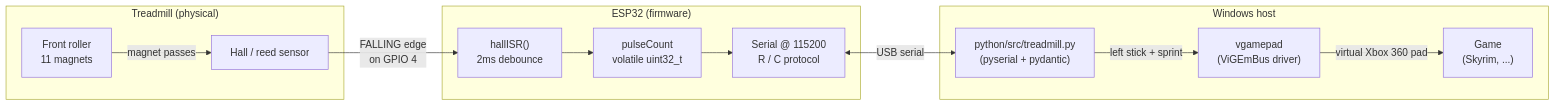
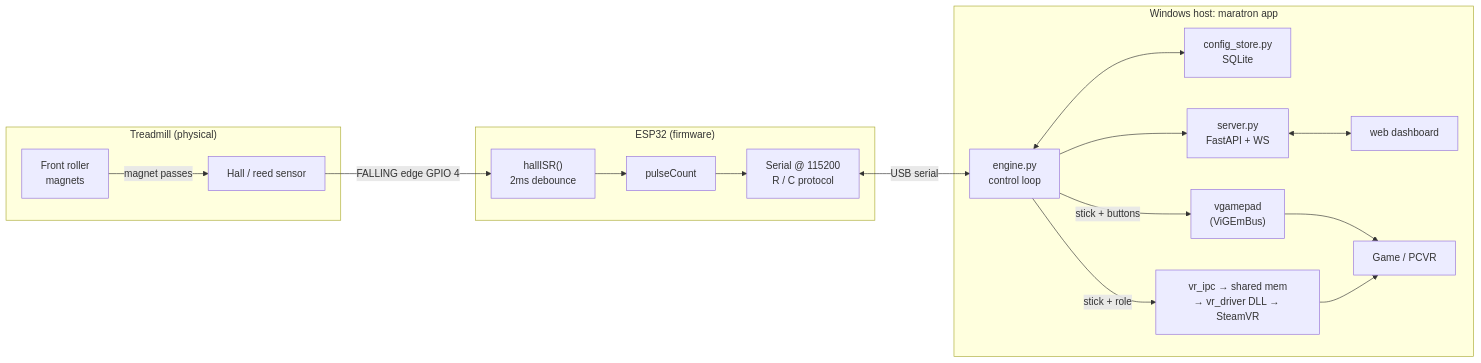
One commit to henriquelino/maratron changed the diagram in README.md. Above: the diagram before and after it, drawn with Mermaid. The commit also changed other lines of this file and 27 other files, not shown here.

First line of the commit message:
Maratron: People/Treadmills profiles, sessions and metrics, per-profile output, PCVR locomotion

````diff
--- a/README.md
+++ b/README.md
@@ -28,26 +31,28 @@
 ```mermaid
 flowchart LR
     subgraph Treadmill["Treadmill (physical)"]
-        Roller["Front roller<br/>11 magnets"]
+        Roller["Front roller<br/>magnets"]
         Hall["Hall / reed sensor"]
         Roller -- "magnet passes" --> Hall
     end
-
     subgraph ESP["ESP32 (firmware)"]
         ISR["hallISR()<br/>2ms debounce"]
-        Counter["pulseCount<br/>volatile uint32_t"]
+        Counter["pulseCount"]
         SerialFW["Serial @ 115200<br/>R / C protocol"]
-        Hall -- "FALLING edge<br/>on GPIO 4" --> ISR
-        ISR --> Counter
-        Counter --> SerialFW
+        Hall -- "FALLING edge GPIO 4" --> ISR --> Counter --> SerialFW
     end
-
-    subgraph PC["Windows host"]
-        Py["python/src/treadmill.py<br/>(pyserial + pydantic)"]
-        VG["vgamepad<br/>(ViGEmBus driver)"]
-        Game["Game<br/>(Skyrim, ...)"]
-        SerialFW <-- "USB serial" --> Py
-        Py -- "left stick + sprint" --> VG
-        VG -- "virtual Xbox 360 pad" --> Game
+    subgraph PC["Windows host: maratron app"]
+        Engine["engine.py<br/>control loop"]
+        Store["config_store.py<br/>SQLite"]
+        Server["server.py<br/>FastAPI + WS"]
+        Web["web dashboard"]
+        Gamepad["vgamepad<br/>(ViGEmBus)"]
+        VR["vr_ipc → shared mem<br/>→ vr_driver DLL → SteamVR"]
+        Game["Game / PCVR"]
+        SerialFW <-- "USB serial" --> Engine
+        Engine <--> Store
+        Engine --> Server <--> Web
+        Engine -- "stick + buttons" --> Gamepad --> Game
+        Engine -- "stick + role" --> VR --> Game
     end
 ```
````
